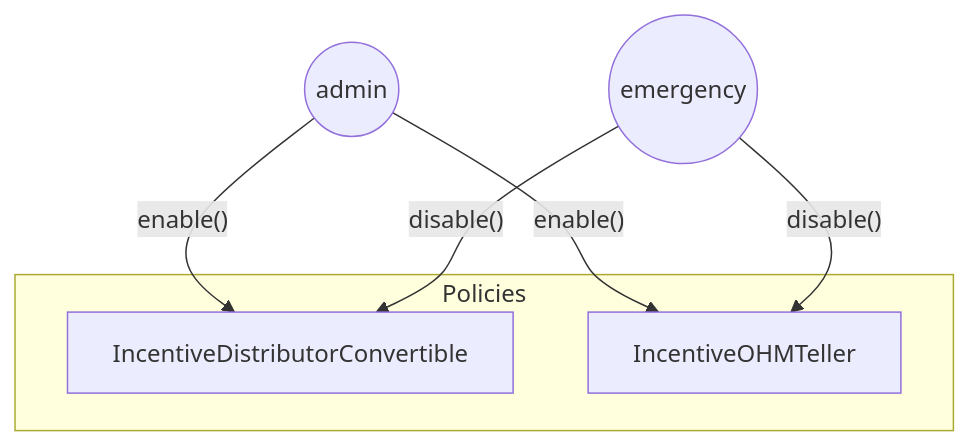
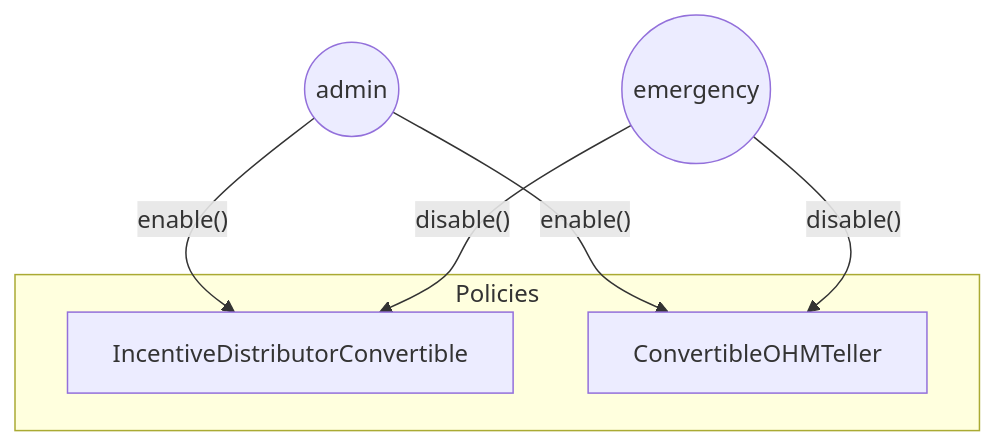
Before and after one commit to OlympusDAO/olympus-v3: the fifth of 6 diagrams in audit/2026-03_incentives/README.md, drawn with Mermaid. The commit also changed other lines of this file and 20 other files, not shown here.

Commit message:
refactor: rename `IncentiveOHM` to `ConvertibleOHM` across files, contracts, and docs

````diff
--- a/audit/2026-03_incentives/README.md
+++ b/audit/2026-03_incentives/README.md
@@ -270,12 +270,12 @@
 ```mermaid
 flowchart TD
     admin((admin)) -->|"enable()"| DistConv["IncentiveDistributorConvertible"]
-    admin -->|"enable()"| Teller["IncentiveOHMTeller"]
+    admin -->|"enable()"| Teller["ConvertibleOHMTeller"]
     emergency((emergency)) -->|"disable()"| DistConv
     emergency -->|"disable()"| Teller
 
     subgraph Policies
         DistConv
         Teller
     end
 ```
````
